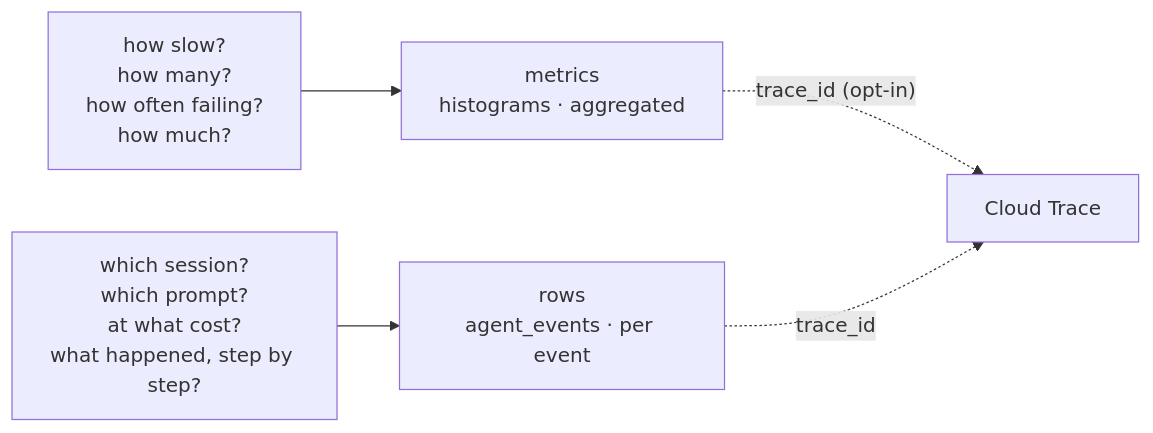
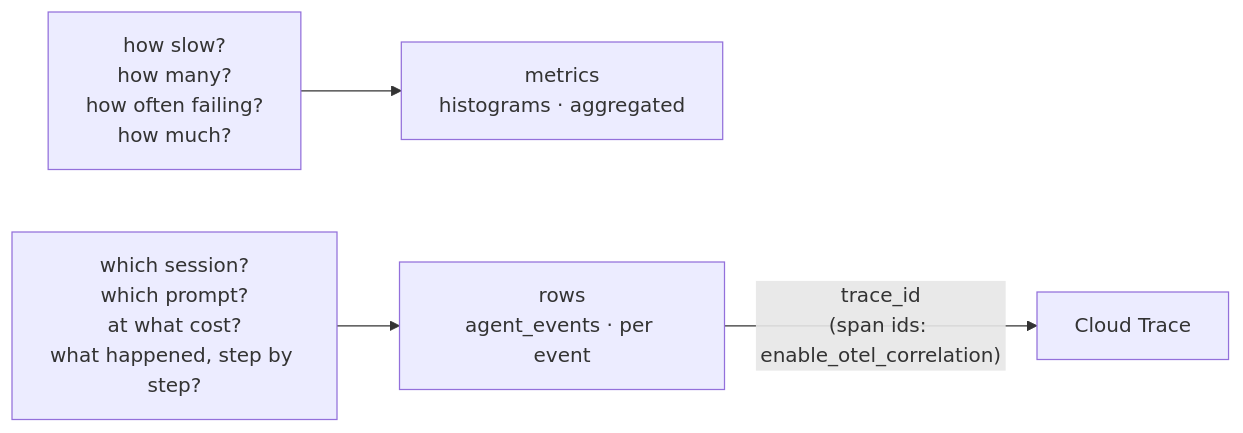
The diagram in ai/adk/metrics/tutorial/part-4/4.6-metrics-or-rows.md (roitraining/gcp-demos), drawn with Mermaid before and after one commit. The commit also changed other lines of this file and 9 other files, not shown here.

````diff
--- a/ai/adk/metrics/tutorial/part-4/4.6-metrics-or-rows.md
+++ b/ai/adk/metrics/tutorial/part-4/4.6-metrics-or-rows.md
@@ -32,7 +32,6 @@
 ```mermaid
 flowchart LR
   q1["how slow?<br/>how many?<br/>how often failing?<br/>how much?"] --> M["metrics<br/>histograms · aggregated"]
   q2["which session?<br/>which prompt?<br/>at what cost?<br/>what happened, step by step?"] --> R["rows<br/>agent_events · per event"]
-  M -. "trace_id (opt-in)" .-> T["Cloud Trace"]
-  R -. "trace_id" .-> T
+  R -- "trace_id<br/>(span ids: enable_otel_correlation)" --> T["Cloud Trace"]
 ```
````
